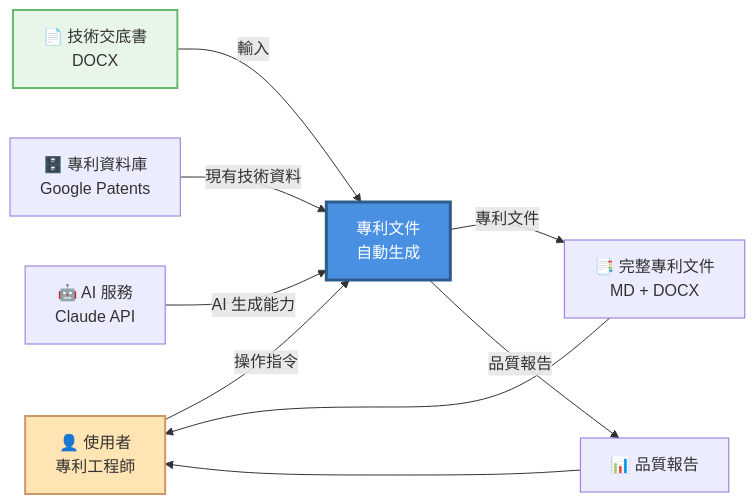
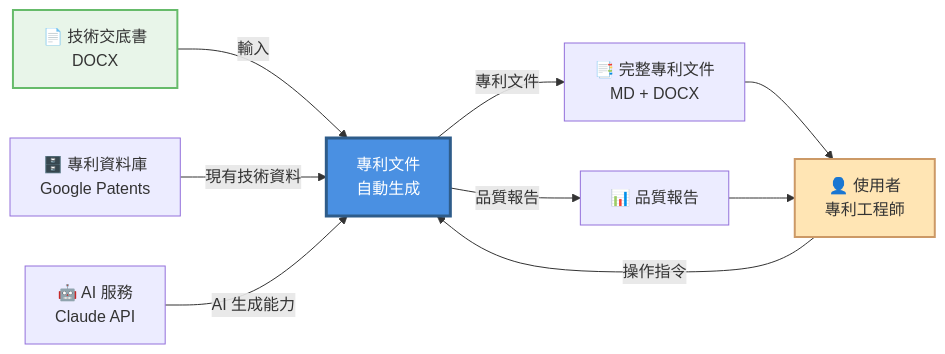
One commit to Raw1mage/PatentDrafter changed the first of 5 diagrams in docs/A0_system_idef0.md. Above: the diagram before and after it, drawn with Mermaid. The commit also changed 13 other files, not shown here.

First line of the commit message:
修復所有 Mermaid 圖表語法問題

````diff
--- a/docs/A0_system_idef0.md
+++ b/docs/A0_system_idef0.md
@@ -70,27 +70,19 @@
 ```mermaid
+---
+config:
+  layout: dagre
+---
 flowchart LR
-    User["👤 使用者<br/>專利工程師"]
-    Tech["📄 技術交底書<br/>DOCX"]
-    PatentDB["🗄️ 專利資料庫<br/>Google Patents"]
-    AI["🤖 AI 服務<br/>Claude API"]
-
-    Core["專利文件<br/>自動生成"]
-
-    Patent["📑 完整專利文件<br/>MD + DOCX"]
-    Report["📊 品質報告"]
-
-    Tech -->|輸入| Core
-    User -->|操作指令| Core
-    PatentDB -->|現有技術資料| Core
-    AI -->|AI 生成能力| Core
-
-    Core -->|專利文件| Patent
-    Core -->|品質報告| Report
-
+    Tech["📄 技術交底書<br>DOCX"] -- 輸入 --> Core["專利文件<br>自動生成"]
+    User["👤 使用者<br>專利工程師"] -- 操作指令 --> Core
+    PatentDB["🗄️ 專利資料庫<br>Google Patents"] -- 現有技術資料 --> Core
+    AI["🤖 AI 服務<br>Claude API"] -- AI 生成能力 --> Core
+    Core -- 專利文件 --> Patent["📑 完整專利文件<br>MD + DOCX"]
+    Core -- 品質報告 --> Report["📊 品質報告"]
     Patent --> User
     Report --> User
-
+    style Tech fill:#E8F5E9,stroke:#66BB6A,stroke-width:2px
     style Core fill:#4A90E2,stroke:#2E5C8A,stroke-width:3px,color:#fff
     style User fill:#FFE5B4,stroke:#CC9966,stroke-width:2px
-    style Tech fill:#E8F5E9,stroke:#66BB6A,stroke-width:2px
+
 ```
````
